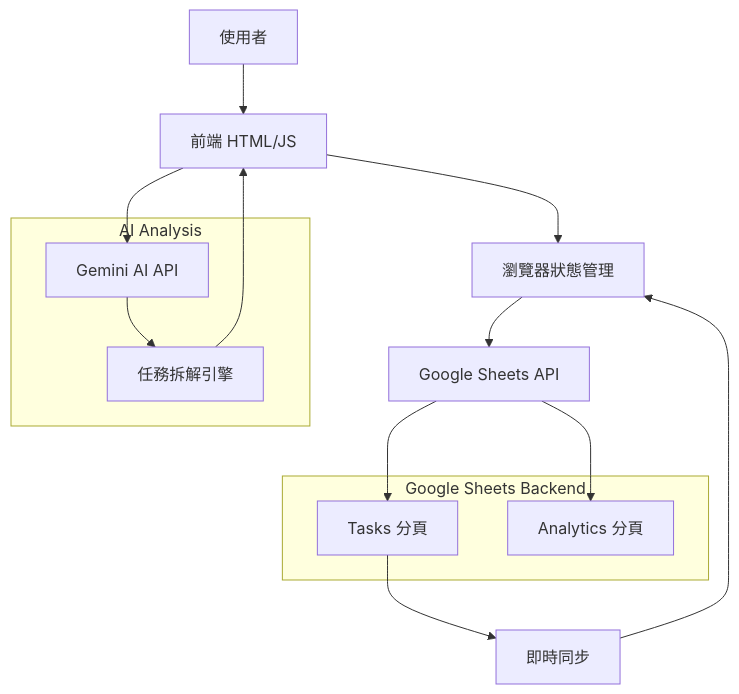
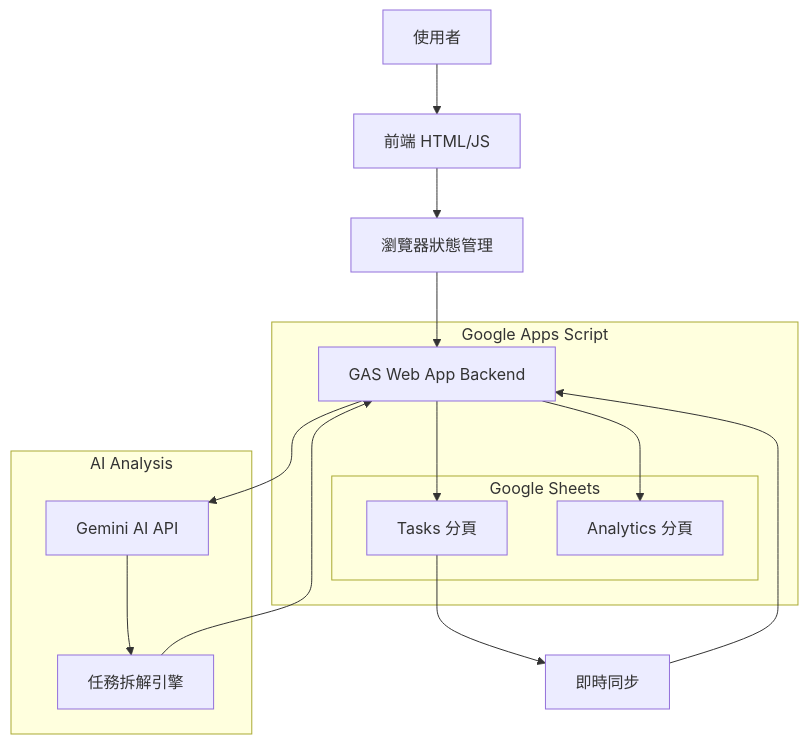
The diagram in README.md (tznthou/AtomTaskMatrix), drawn with Mermaid before and after one commit. The commit also changed other lines of this file and 2 other files, not shown here.

````diff
--- a/README.md
+++ b/README.md
@@ -28,25 +28,28 @@
 ```mermaid
 flowchart TB
     User[使用者] --> UI[前端 HTML/JS]
     UI --> LocalState[瀏覽器狀態管理]
-    LocalState --> SheetsAPI[Google Sheets API]
-    SheetsAPI --> Tasks[Tasks 分頁]
-    SheetsAPI --> Analytics[Analytics 分頁]
-    
-    UI --> GeminiAPI[Gemini AI API]
+    LocalState --> GASBackend[GAS Web App Backend]
+    GASBackend --> Tasks[Tasks 分頁]
+    GASBackend --> Analytics[Analytics 分頁]
+
+    GASBackend --> GeminiAPI[Gemini AI API]
     GeminiAPI --> TaskBreakdown[任務拆解引擎]
-    TaskBreakdown --> UI
-    
+    TaskBreakdown --> GASBackend
+
     Tasks --> TaskSync[即時同步]
-    TaskSync --> LocalState
-    
-    subgraph Google Sheets Backend
-        Tasks
-        Analytics
+    TaskSync --> GASBackend
+
+    subgraph Google Apps Script
+        GASBackend
+        subgraph Google Sheets
+            Tasks
+            Analytics
+        end
     end
-    
+
     subgraph AI Analysis
         GeminiAPI
         TaskBreakdown
     end
 ```
````
